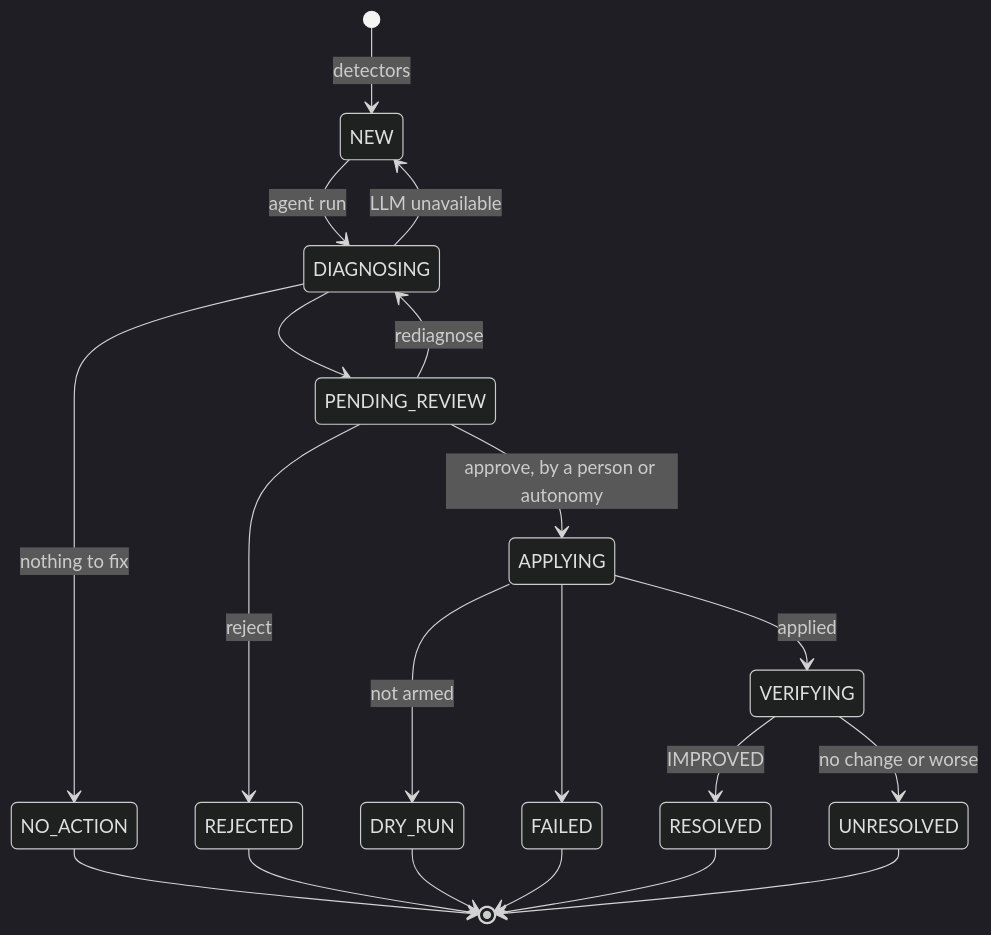
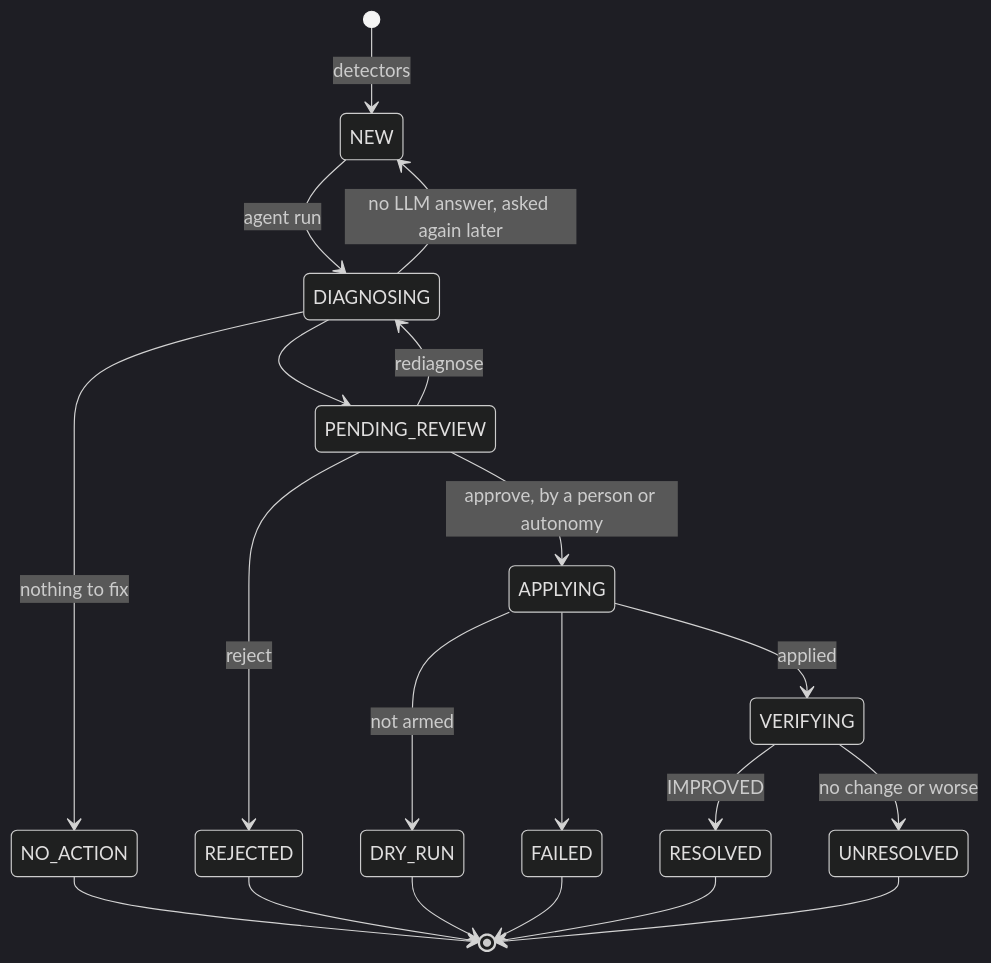
One commit to pdefusco/cai_langgraph_nifi_self_healing_pipeline changed the third of 3 diagrams in docs/ARCHITECTURE.md. Above: the diagram before and after it, drawn with Mermaid (dark theme). The commit also changed other lines of this file and 9 other files, not shown here.

First line of the commit message:
NFH-68: ask the LLM again for a diagnosis it didn't answer

````diff
--- a/docs/ARCHITECTURE.md
+++ b/docs/ARCHITECTURE.md
@@ -176,22 +178,22 @@
 ```mermaid
 stateDiagram-v2
     [*] --> NEW: detectors
     NEW --> DIAGNOSING: agent run
-    DIAGNOSING --> NEW: LLM unavailable
+    DIAGNOSING --> NEW: no LLM answer, asked again later
     DIAGNOSING --> NO_ACTION: nothing to fix
     DIAGNOSING --> PENDING_REVIEW
     PENDING_REVIEW --> DIAGNOSING: rediagnose
     PENDING_REVIEW --> REJECTED: reject
     PENDING_REVIEW --> APPLYING: approve, by a person or autonomy
     APPLYING --> DRY_RUN: not armed
     APPLYING --> FAILED
     APPLYING --> VERIFYING: applied
     VERIFYING --> RESOLVED: IMPROVED
     VERIFYING --> UNRESOLVED: no change or worse
     NO_ACTION --> [*]
     REJECTED --> [*]
     DRY_RUN --> [*]
     FAILED --> [*]
     RESOLVED --> [*]
     UNRESOLVED --> [*]
 ```
````
